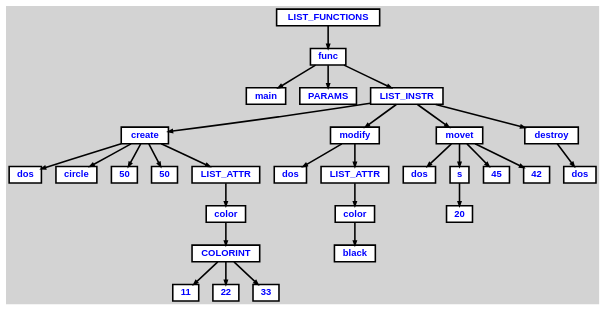
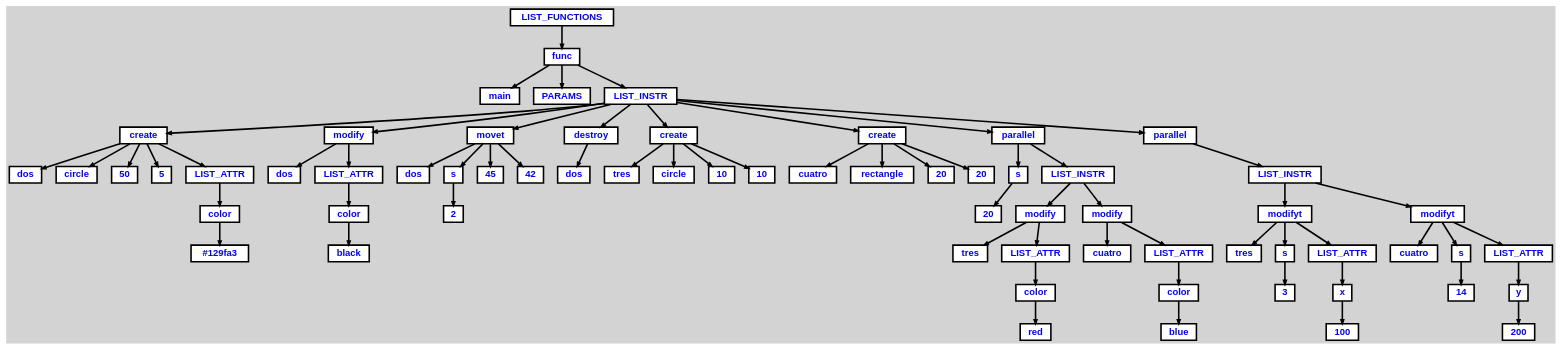
One commit to Outer2g/SVGAnimation changed the diagram in a.dot. Above: the diagram before and after it, drawn with Graphviz. The commit also changed 2 other files, not shown here.

```diff
--- a/a.dot
+++ b/a.dot
@@ -1,80 +1,174 @@
 digraph {
 
 	ordering=out;
 	ranksep=.4;
 	bgcolor="lightgrey"; node [shape=box, fixedsize=false, fontsize=12, fontname="Helvetica-bold", fontcolor="blue"
 		width=.25, height=.25, color="black", fillcolor="white", style="filled, solid, bold"];
 	edge [arrowsize=.5, color="black", style="bold"]
 
   n0 [label="LIST_FUNCTIONS"];
   n1 [label="func"];
   n1 [label="func"];
   n2 [label="main"];
   n3 [label="PARAMS"];
   n4 [label="LIST_INSTR"];
   n4 [label="LIST_INSTR"];
   n5 [label="create"];
   n5 [label="create"];
   n6 [label="dos"];
   n7 [label="circle"];
   n8 [label="50"];
-  n9 [label="50"];
+  n9 [label="5"];
   n10 [label="LIST_ATTR"];
   n10 [label="LIST_ATTR"];
   n11 [label="color"];
   n11 [label="color"];
-  n12 [label="COLORINT"];
-  n12 [label="COLORINT"];
-  n13 [label="11"];
-  n14 [label="22"];
-  n15 [label="33"];
-  n16 [label="modify"];
-  n16 [label="modify"];
-  n17 [label="dos"];
-  n18 [label="LIST_ATTR"];
-  n18 [label="LIST_ATTR"];
-  n19 [label="color"];
-  n19 [label="color"];
-  n20 [label="black"];
-  n21 [label="movet"];
-  n21 [label="movet"];
-  n22 [label="dos"];
-  n23 [label="s"];
-  n23 [label="s"];
-  n24 [label="20"];
-  n25 [label="45"];
-  n26 [label="42"];
-  n27 [label="destroy"];
-  n27 [label="destroy"];
-  n28 [label="dos"];
+  n12 [label="#129fa3"];
+  n13 [label="modify"];
+  n13 [label="modify"];
+  n14 [label="dos"];
+  n15 [label="LIST_ATTR"];
+  n15 [label="LIST_ATTR"];
+  n16 [label="color"];
+  n16 [label="color"];
+  n17 [label="black"];
+  n18 [label="movet"];
+  n18 [label="movet"];
+  n19 [label="dos"];
+  n20 [label="s"];
+  n20 [label="s"];
+  n21 [label="2"];
+  n22 [label="45"];
+  n23 [label="42"];
+  n24 [label="destroy"];
+  n24 [label="destroy"];
+  n25 [label="dos"];
+  n26 [label="create"];
+  n26 [label="create"];
+  n27 [label="tres"];
+  n28 [label="circle"];
+  n29 [label="10"];
+  n30 [label="10"];
+  n31 [label="create"];
+  n31 [label="create"];
+  n32 [label="cuatro"];
+  n33 [label="rectangle"];
+  n34 [label="20"];
+  n35 [label="20"];
+  n36 [label="parallel"];
+  n36 [label="parallel"];
+  n37 [label="s"];
+  n37 [label="s"];
+  n38 [label="20"];
+  n39 [label="LIST_INSTR"];
+  n39 [label="LIST_INSTR"];
+  n40 [label="modify"];
+  n40 [label="modify"];
+  n41 [label="tres"];
+  n42 [label="LIST_ATTR"];
+  n42 [label="LIST_ATTR"];
+  n43 [label="color"];
+  n43 [label="color"];
+  n44 [label="red"];
+  n45 [label="modify"];
+  n45 [label="modify"];
+  n46 [label="cuatro"];
+  n47 [label="LIST_ATTR"];
+  n47 [label="LIST_ATTR"];
+  n48 [label="color"];
+  n48 [label="color"];
+  n49 [label="blue"];
+  n50 [label="parallel"];
+  n50 [label="parallel"];
+  n51 [label="LIST_INSTR"];
+  n51 [label="LIST_INSTR"];
+  n52 [label="modifyt"];
+  n52 [label="modifyt"];
+  n53 [label="tres"];
+  n54 [label="s"];
+  n54 [label="s"];
+  n55 [label="3"];
+  n56 [label="LIST_ATTR"];
+  n56 [label="LIST_ATTR"];
+  n57 [label="x"];
+  n57 [label="x"];
+  n58 [label="100"];
+  n59 [label="modifyt"];
+  n59 [label="modifyt"];
+  n60 [label="cuatro"];
+  n61 [label="s"];
+  n61 [label="s"];
+  n62 [label="14"];
+  n63 [label="LIST_ATTR"];
+  n63 [label="LIST_ATTR"];
+  n64 [label="y"];
+  n64 [label="y"];
+  n65 [label="200"];
 
   n0 -> n1 // "LIST_FUNCTIONS" -> "func"
   n1 -> n2 // "func" -> "main"
   n1 -> n3 // "func" -> "PARAMS"
   n1 -> n4 // "func" -> "LIST_INSTR"
   n4 -> n5 // "LIST_INSTR" -> "create"
   n5 -> n6 // "create" -> "dos"
   n5 -> n7 // "create" -> "circle"
   n5 -> n8 // "create" -> "50"
-  n5 -> n9 // "create" -> "50"
+  n5 -> n9 // "create" -> "5"
   n5 -> n10 // "create" -> "LIST_ATTR"
   n10 -> n11 // "LIST_ATTR" -> "color"
-  n11 -> n12 // "color" -> "COLORINT"
-  n12 -> n13 // "COLORINT" -> "11"
-  n12 -> n14 // "COLORINT" -> "22"
-  n12 -> n15 // "COLORINT" -> "33"
-  n4 -> n16 // "LIST_INSTR" -> "modify"
-  n16 -> n17 // "modify" -> "dos"
-  n16 -> n18 // "modify" -> "LIST_ATTR"
-  n18 -> n19 // "LIST_ATTR" -> "color"
-  n19 -> n20 // "color" -> "black"
-  n4 -> n21 // "LIST_INSTR" -> "movet"
-  n21 -> n22 // "movet" -> "dos"
-  n21 -> n23 // "movet" -> "s"
-  n23 -> n24 // "s" -> "20"
-  n21 -> n25 // "movet" -> "45"
-  n21 -> n26 // "movet" -> "42"
-  n4 -> n27 // "LIST_INSTR" -> "destroy"
-  n27 -> n28 // "destroy" -> "dos"
+  n11 -> n12 // "color" -> "#129fa3"
+  n4 -> n13 // "LIST_INSTR" -> "modify"
+  n13 -> n14 // "modify" -> "dos"
+  n13 -> n15 // "modify" -> "LIST_ATTR"
+  n15 -> n16 // "LIST_ATTR" -> "color"
+  n16 -> n17 // "color" -> "black"
+  n4 -> n18 // "LIST_INSTR" -> "movet"
+  n18 -> n19 // "movet" -> "dos"
+  n18 -> n20 // "movet" -> "s"
+  n20 -> n21 // "s" -> "2"
+  n18 -> n22 // "movet" -> "45"
+  n18 -> n23 // "movet" -> "42"
+  n4 -> n24 // "LIST_INSTR" -> "destroy"
+  n24 -> n25 // "destroy" -> "dos"
+  n4 -> n26 // "LIST_INSTR" -> "create"
+  n26 -> n27 // "create" -> "tres"
+  n26 -> n28 // "create" -> "circle"
+  n26 -> n29 // "create" -> "10"
+  n26 -> n30 // "create" -> "10"
+  n4 -> n31 // "LIST_INSTR" -> "create"
+  n31 -> n32 // "create" -> "cuatro"
+  n31 -> n33 // "create" -> "rectangle"
+  n31 -> n34 // "create" -> "20"
+  n31 -> n35 // "create" -> "20"
+  n4 -> n36 // "LIST_INSTR" -> "parallel"
+  n36 -> n37 // "parallel" -> "s"
+  n37 -> n38 // "s" -> "20"
+  n36 -> n39 // "parallel" -> "LIST_INSTR"
+  n39 -> n40 // "LIST_INSTR" -> "modify"
+  n40 -> n41 // "modify" -> "tres"
+  n40 -> n42 // "modify" -> "LIST_ATTR"
+  n42 -> n43 // "LIST_ATTR" -> "color"
+  n43 -> n44 // "color" -> "red"
+  n39 -> n45 // "LIST_INSTR" -> "modify"
+  n45 -> n46 // "modify" -> "cuatro"
+  n45 -> n47 // "modify" -> "LIST_ATTR"
+  n47 -> n48 // "LIST_ATTR" -> "color"
+  n48 -> n49 // "color" -> "blue"
+  n4 -> n50 // "LIST_INSTR" -> "parallel"
+  n50 -> n51 // "parallel" -> "LIST_INSTR"
+  n51 -> n52 // "LIST_INSTR" -> "modifyt"
+  n52 -> n53 // "modifyt" -> "tres"
+  n52 -> n54 // "modifyt" -> "s"
+  n54 -> n55 // "s" -> "3"
+  n52 -> n56 // "modifyt" -> "LIST_ATTR"
+  n56 -> n57 // "LIST_ATTR" -> "x"
+  n57 -> n58 // "x" -> "100"
+  n51 -> n59 // "LIST_INSTR" -> "modifyt"
+  n59 -> n60 // "modifyt" -> "cuatro"
+  n59 -> n61 // "modifyt" -> "s"
+  n61 -> n62 // "s" -> "14"
+  n59 -> n63 // "modifyt" -> "LIST_ATTR"
+  n63 -> n64 // "LIST_ATTR" -> "y"
+  n64 -> n65 // "y" -> "200"
 
 }
```
